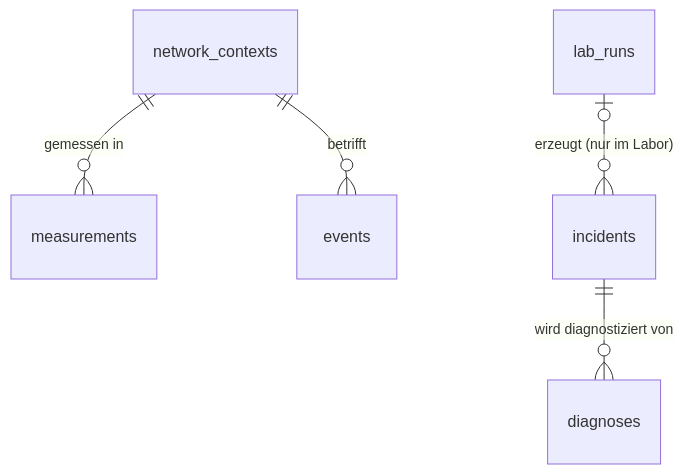
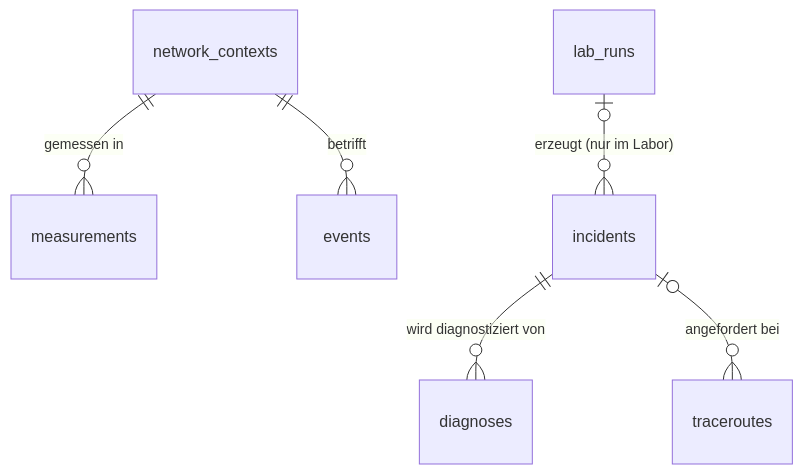
Before and after one commit to trais92/rootping: the diagram in docs/datenmodell.md, drawn with Mermaid. The commit also changed other lines of this file and 3 other files, not shown here.

````diff
--- a/docs/datenmodell.md
+++ b/docs/datenmodell.md
@@ -22,7 +22,8 @@
 ```mermaid
 erDiagram
   network_contexts ||--o{ measurements : "gemessen in"
   incidents ||--o{ diagnoses : "wird diagnostiziert von"
   lab_runs |o--o{ incidents : "erzeugt (nur im Labor)"
   network_contexts ||--o{ events : "betrifft"
+  incidents |o--o{ traceroutes : "angefordert bei"
 ```
````
